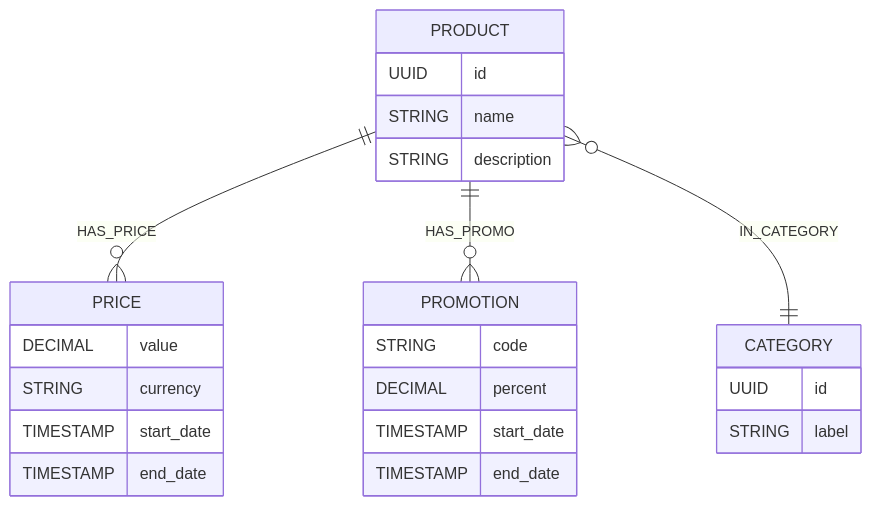
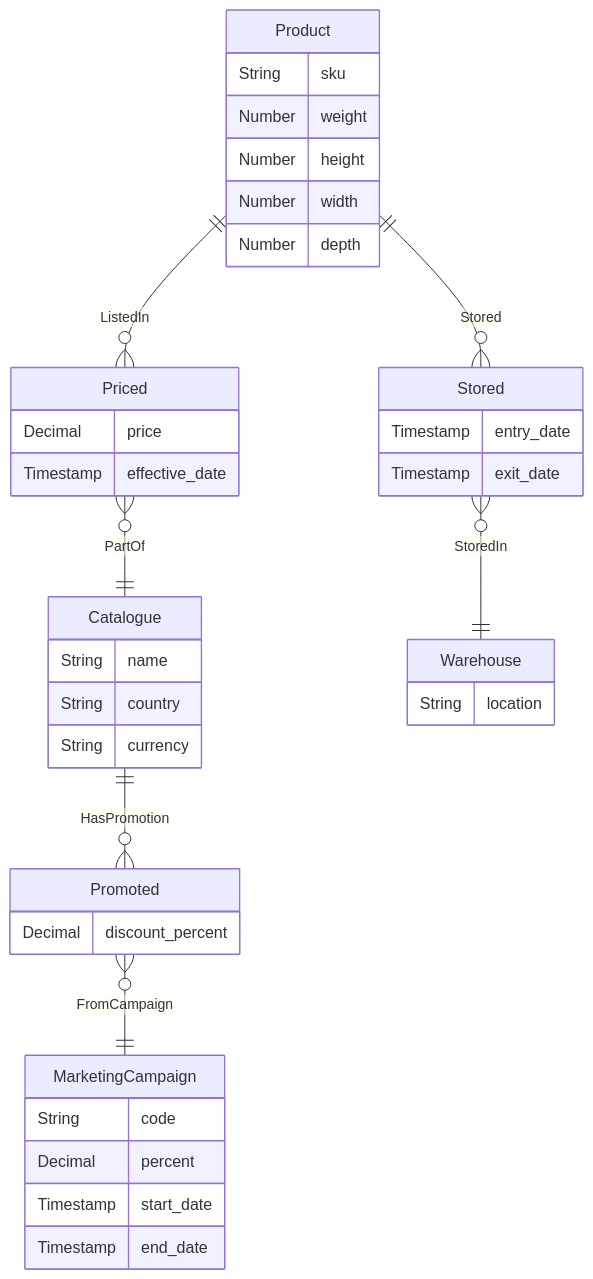
The second of 5 diagrams in _posts/2025-11-01-gdd.md (ng-galien/ng-galien.github.io), drawn with Mermaid before and after one commit. The commit also changed other lines of this file, not shown here.

````diff
--- a/_posts/2025-11-01-gdd.md
+++ b/_posts/2025-11-01-gdd.md
@@ -116,28 +163,45 @@
 ```mermaid
 erDiagram
-  PRODUCT {
-    UUID id
-    STRING name
-    STRING description
+  Product {
+    String sku
+    Number weight
+    Number height
+    Number width
+    Number depth
   }
-  PRICE {
-    DECIMAL value
-    STRING currency
-    TIMESTAMP start_date
-    TIMESTAMP end_date
+  Catalogue {
+    String name
+    String country
+    String currency
   }
-  PROMOTION {
-    STRING code
-    DECIMAL percent
-    TIMESTAMP start_date
-    TIMESTAMP end_date
+  Warehouse {
+    String location
   }
-  CATEGORY {
-    UUID id
-    STRING label
+  MarketingCampaign {
+    String code
+    Decimal percent
+    Timestamp start_date
+    Timestamp end_date
   }
 
-  PRODUCT ||--o{ PRICE : HAS_PRICE
-  PRODUCT ||--o{ PROMOTION : HAS_PROMO
-  PRODUCT }o--|| CATEGORY : IN_CATEGORY
+  Stored {
+    Timestamp entry_date
+    Timestamp exit_date
+  }
+
+  Priced {
+    Decimal price
+    Timestamp effective_date
+  }
+
+  Promoted {
+    Decimal discount_percent
+  }
+
+  Product ||--o{ Stored : Stored
+  Stored }o--|| Warehouse : StoredIn
+  Product ||--o{ Priced : ListedIn
+  Priced }o--|| Catalogue : PartOf
+  Catalogue ||--o{ Promoted : HasPromotion
+  Promoted }o--|| MarketingCampaign : FromCampaign
 ```
````
